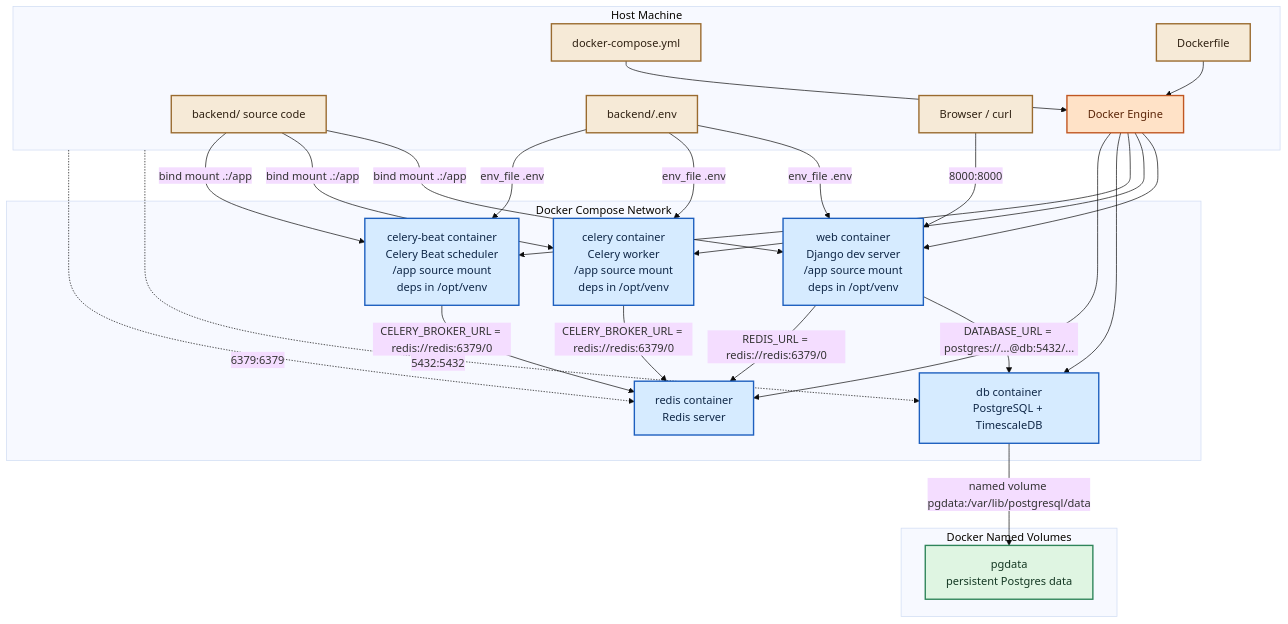
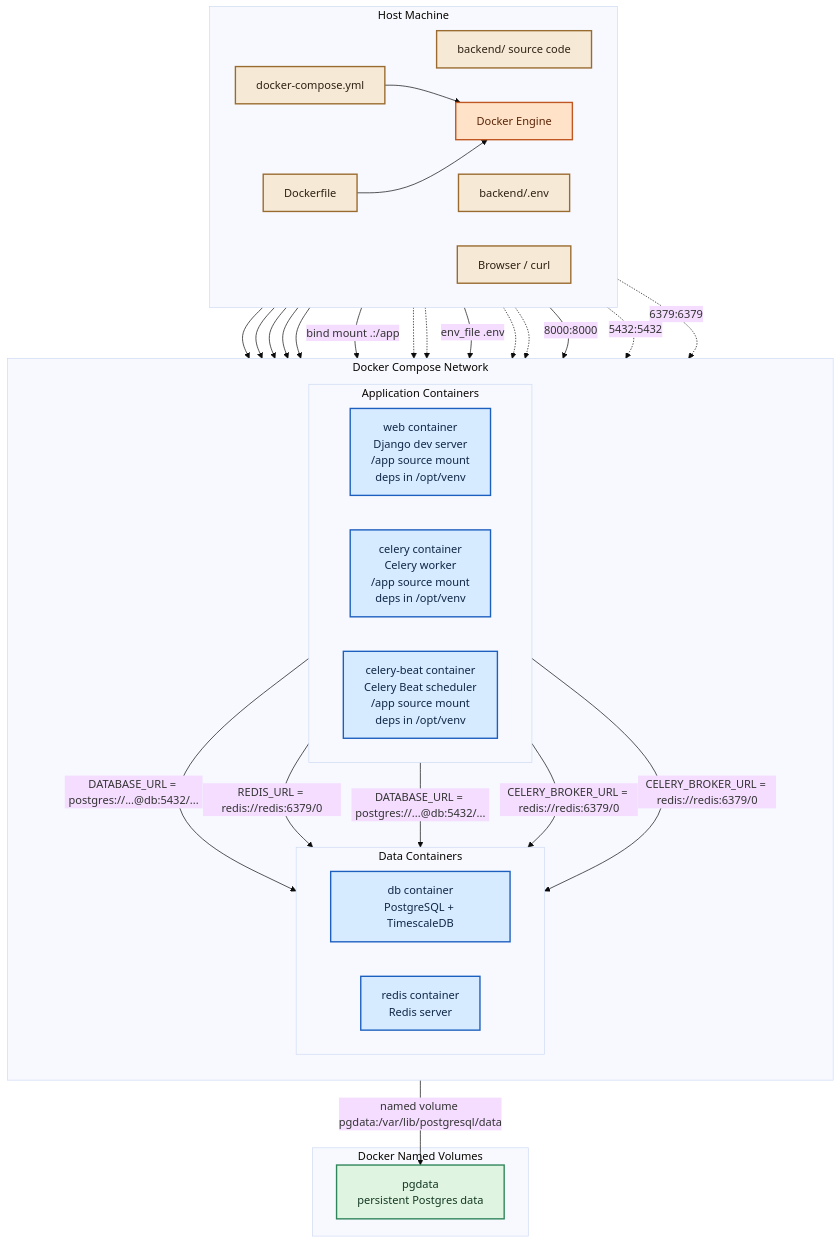
One commit to elvisrepo/long changed the diagram in reference_docs/knowledge/12-current-local-docker-runtime.md. Above: the diagram before and after it, drawn with Mermaid (base theme). The commit also changed 3 other files, not shown here.

Commit message:
local arch updated with celery; sessions vs JWT in django

````diff
--- a/reference_docs/knowledge/12-current-local-docker-runtime.md
+++ b/reference_docs/knowledge/12-current-local-docker-runtime.md
@@ -245,59 +245,68 @@
 ```mermaid
 graph TB
     subgraph HOST["Host Machine"]
+        direction LR
         SRC["backend/ source code"]
         ENV["backend/.env"]
         DC["docker-compose.yml"]
         DF["Dockerfile"]
         BROWSER["Browser / curl"]
         DOCKER["Docker Engine"]
     end
 
     subgraph NET["Docker Compose Network"]
-        WEB["web container<br/>Django dev server<br/>/app source mount<br/>deps in /opt/venv"]
-        CELERY["celery container<br/>Celery worker<br/>/app source mount<br/>deps in /opt/venv"]
-        BEAT["celery-beat container<br/>Celery Beat scheduler<br/>/app source mount<br/>deps in /opt/venv"]
-        DB["db container<br/>PostgreSQL + TimescaleDB"]
-        REDIS["redis container<br/>Redis server"]
+        direction TB
+        subgraph APPS["Application Containers"]
+            direction LR
+            WEB["web container<br/>Django dev server<br/>/app source mount<br/>deps in /opt/venv"]
+            CELERY["celery container<br/>Celery worker<br/>/app source mount<br/>deps in /opt/venv"]
+            BEAT["celery-beat container<br/>Celery Beat scheduler<br/>/app source mount<br/>deps in /opt/venv"]
+        end
+        subgraph DATA["Data Containers"]
+            direction LR
+            DB["db container<br/>PostgreSQL + TimescaleDB"]
+            REDIS["redis container<br/>Redis server"]
+        end
     end
 
     subgraph VOLS["Docker Named Volumes"]
         PGDATA["pgdata<br/>persistent Postgres data"]
     end
 
     DC --> DOCKER
     DF --> DOCKER
     DOCKER --> WEB
     DOCKER --> CELERY
     DOCKER --> BEAT
     DOCKER --> DB
     DOCKER --> REDIS
 
     SRC -->|bind mount .:/app| WEB
-    SRC -->|bind mount .:/app| CELERY
-    SRC -->|bind mount .:/app| BEAT
+    SRC -.-> CELERY
+    SRC -.-> BEAT
     ENV -->|env_file .env| WEB
-    ENV -->|env_file .env| CELERY
-    ENV -->|env_file .env| BEAT
+    ENV -.-> CELERY
+    ENV -.-> BEAT
 
     WEB -->|DATABASE_URL = postgres://...@db:5432/...| DB
     WEB -->|REDIS_URL = redis://redis:6379/0| REDIS
+    CELERY -->|DATABASE_URL = postgres://...@db:5432/...| DB
     CELERY -->|CELERY_BROKER_URL = redis://redis:6379/0| REDIS
     BEAT -->|CELERY_BROKER_URL = redis://redis:6379/0| REDIS
 
     DB -->|named volume pgdata:/var/lib/postgresql/data| PGDATA
 
     BROWSER -->|8000:8000| WEB
     HOST -.->|5432:5432| DB
     HOST -.->|6379:6379| REDIS
 
     classDef host fill:#f6ead7,stroke:#9a6b2f,color:#2f2112,stroke-width:2px;
     classDef service fill:#d6ebff,stroke:#1d5fbf,color:#0f2747,stroke-width:2px;
     classDef volume fill:#dff5e2,stroke:#2f855a,color:#143823,stroke-width:2px;
     classDef runtime fill:#ffe2c7,stroke:#c05621,color:#5b2508,stroke-width:2px;
 
     class SRC,ENV,DC,DF,BROWSER host;
     class WEB,CELERY,BEAT,DB,REDIS service;
     class PGDATA volume;
     class DOCKER runtime;
 ```
````
